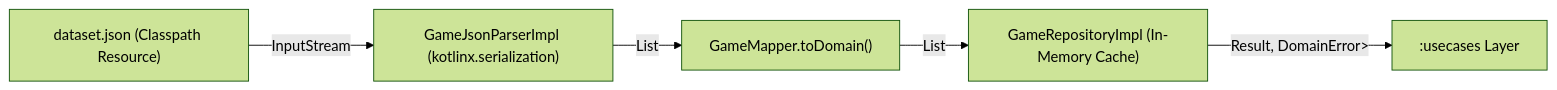
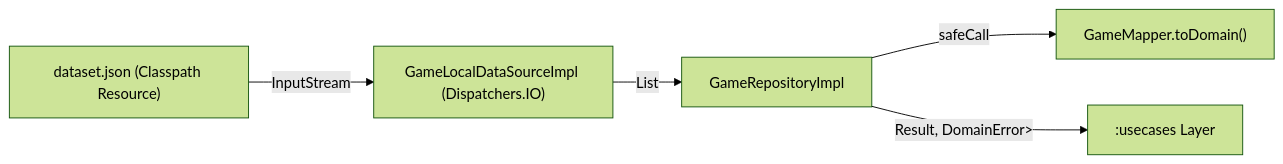
Before and after one commit to albertmartorell1975/BasketCoach: the third of 4 diagrams in ARCHITECTURE.md, drawn with Mermaid (forest theme). The commit also changed other lines of this file and 45 other files, not shown here.

````diff
--- a/ARCHITECTURE.md
+++ b/ARCHITECTURE.md
@@ -142,7 +140,7 @@
 ```mermaid
 flowchart LR
-    Resource["dataset.json (Classpath Resource)"] -->|"InputStream"| Parser["GameJsonParserImpl (kotlinx.serialization)"]
-    Parser -->|"List<GameDto>"| Mapper["GameMapper.toDomain()"]
-    Mapper -->|"List<Game>"| Repo["GameRepositoryImpl (In-Memory Cache)"]
+    Resource["dataset.json (Classpath Resource)"] -->|"InputStream"| Source["GameLocalDataSourceImpl (Dispatchers.IO)"]
+    Source -->|"List<GameDto>"| Repo["GameRepositoryImpl"]
+    Repo -->|"safeCall"| Mapper["GameMapper.toDomain()"]
     Repo -->|"Result<List<Game>, DomainError>"| UseCases[":usecases Layer"]
 ```
````
